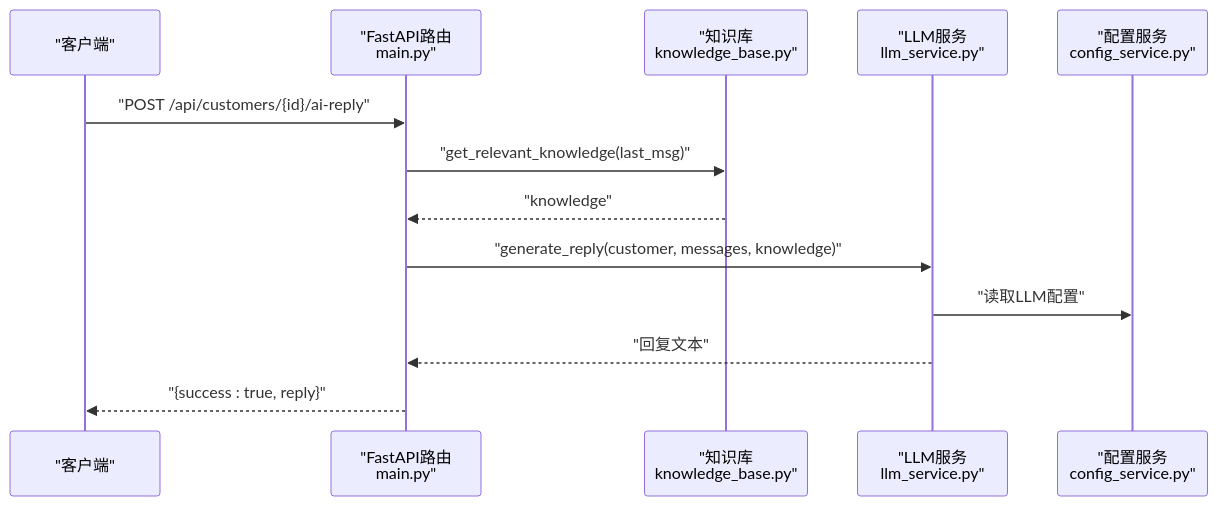
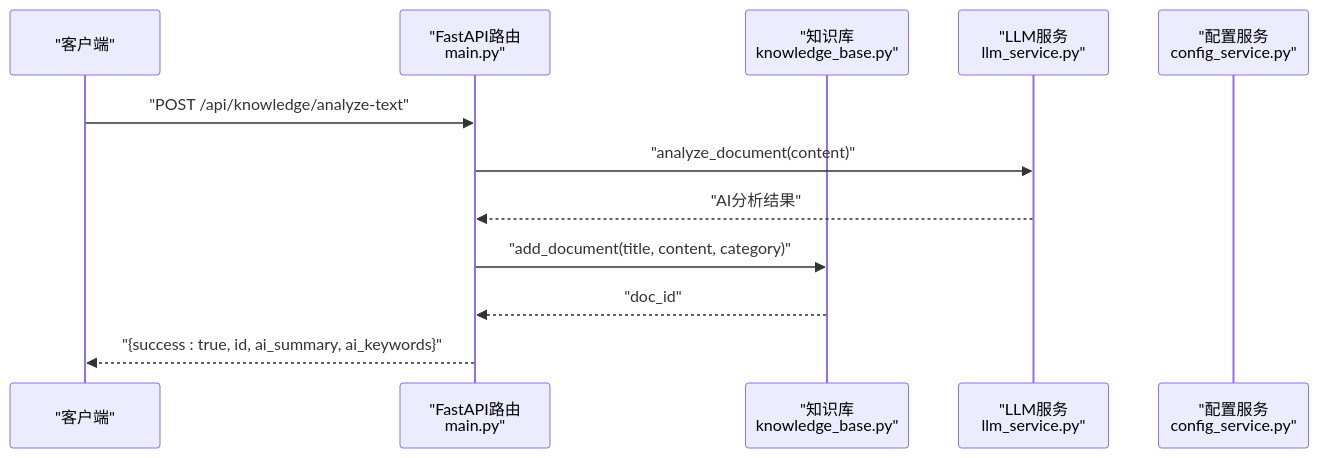
Before and after one commit to 2950730liao-hub/whatsapp-reply: the sixth of 12 diagrams in .qoder/repowiki/zh/content/核心模块/知识库模块.md, drawn with Mermaid. The commit also changed other lines of this file and 10 other files, not shown here.

````diff
--- a/.qoder/repowiki/zh/content/核心模块/知识库模块.md
+++ b/.qoder/repowiki/zh/content/核心模块/知识库模块.md
@@ -240,15 +297,14 @@
 ```mermaid
 sequenceDiagram
 participant Client as "客户端"
 participant API as "FastAPI路由<br/>main.py"
 participant KB as "知识库<br/>knowledge_base.py"
 participant LLM as "LLM服务<br/>llm_service.py"
 participant CFG as "配置服务<br/>config_service.py"
-Client->>API : "POST /api/customers/{id}/ai-reply"
-API->>KB : "get_relevant_knowledge(last_msg)"
-KB-->>API : "knowledge"
-API->>LLM : "generate_reply(customer, messages, knowledge)"
-LLM->>CFG : "读取LLM配置"
-LLM-->>API : "回复文本"
-API-->>Client : "{success : true, reply}"
+Client->>API : "POST /api/knowledge/analyze-text"
+API->>LLM : "analyze_document(content)"
+LLM-->>API : "AI分析结果"
+API->>KB : "add_document(title, content, category)"
+KB-->>API : "doc_id"
+API-->>Client : "{success : true, id, ai_summary, ai_keywords}"
 ```
````
